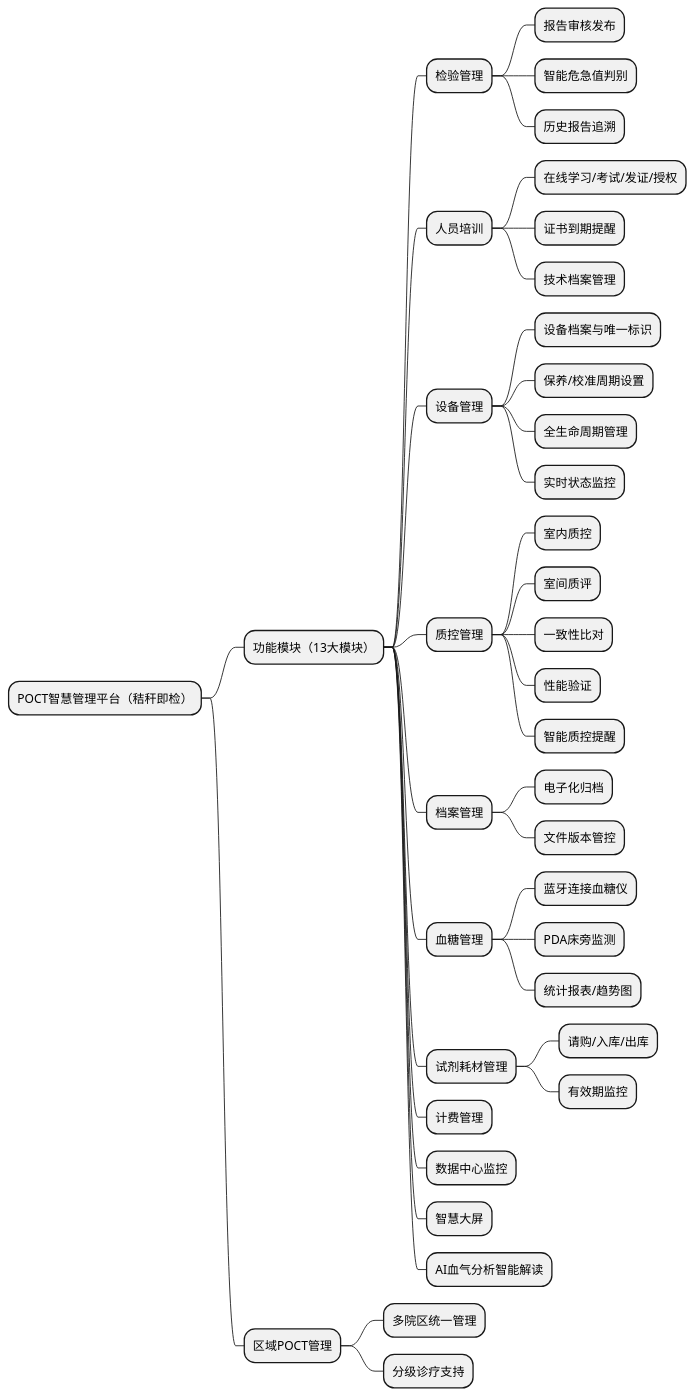
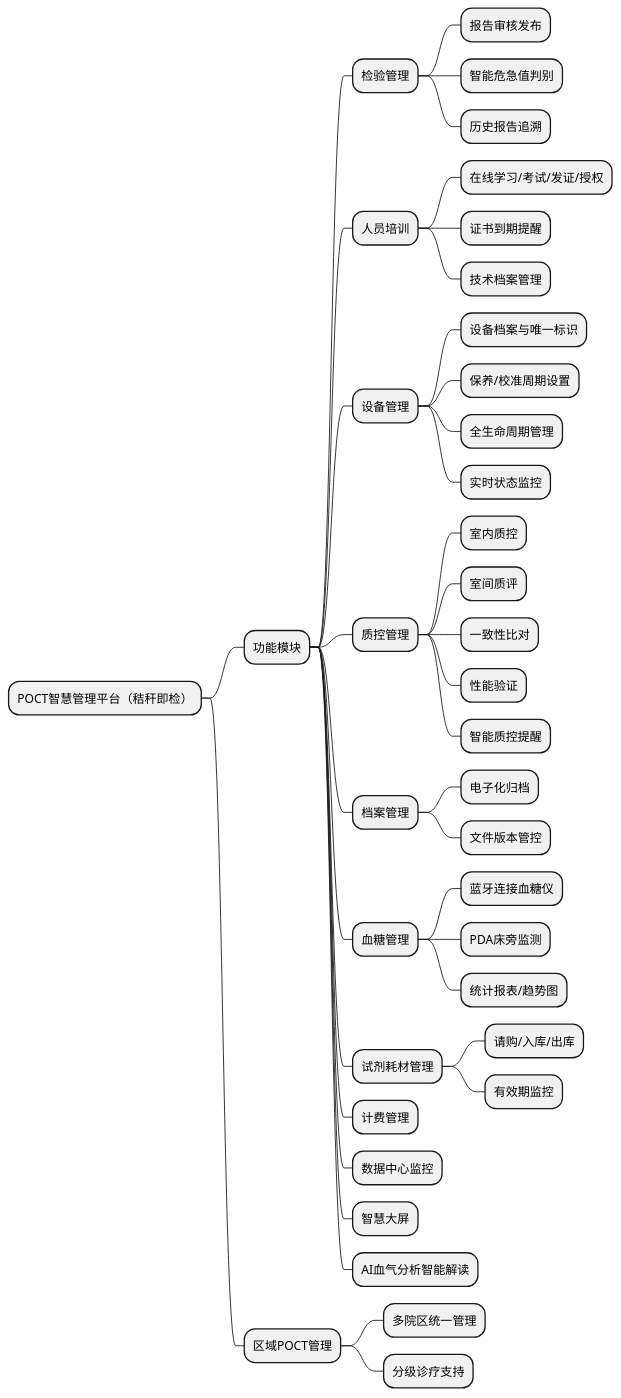
One commit to rolkey/poct-document changed the diagram in 原生文档/功能脑图.puml. Above: the diagram before and after it, drawn with PlantUML. The commit also changed 5 other files, not shown here.

```diff
--- a/原生文档/功能脑图.puml
+++ b/原生文档/功能脑图.puml
@@ -1,40 +1,48 @@
-@startmindmap
+@startmindmap 基础功能分析
 * POCT智慧管理平台（秸秆即检）
-** 功能模块（13大模块）
+** 功能模块
 *** 检验管理
 **** 报告审核发布
 **** 智能危急值判别
 **** 历史报告追溯
+
 *** 人员培训
 **** 在线学习/考试/发证/授权
 **** 证书到期提醒
 **** 技术档案管理
+
 *** 设备管理
 **** 设备档案与唯一标识
 **** 保养/校准周期设置
 **** 全生命周期管理
 **** 实时状态监控
+
 *** 质控管理
 **** 室内质控
 **** 室间质评
 **** 一致性比对
 **** 性能验证
 **** 智能质控提醒
+
 *** 档案管理
 **** 电子化归档
 **** 文件版本管控
+
 *** 血糖管理
 **** 蓝牙连接血糖仪
 **** PDA床旁监测
 **** 统计报表/趋势图
+
 *** 试剂耗材管理
 **** 请购/入库/出库
 **** 有效期监控
+
 *** 计费管理
 *** 数据中心监控
 *** 智慧大屏
 *** AI血气分析智能解读
+
 ** 区域POCT管理
 *** 多院区统一管理
 *** 分级诊疗支持
 @endmindmap
```
